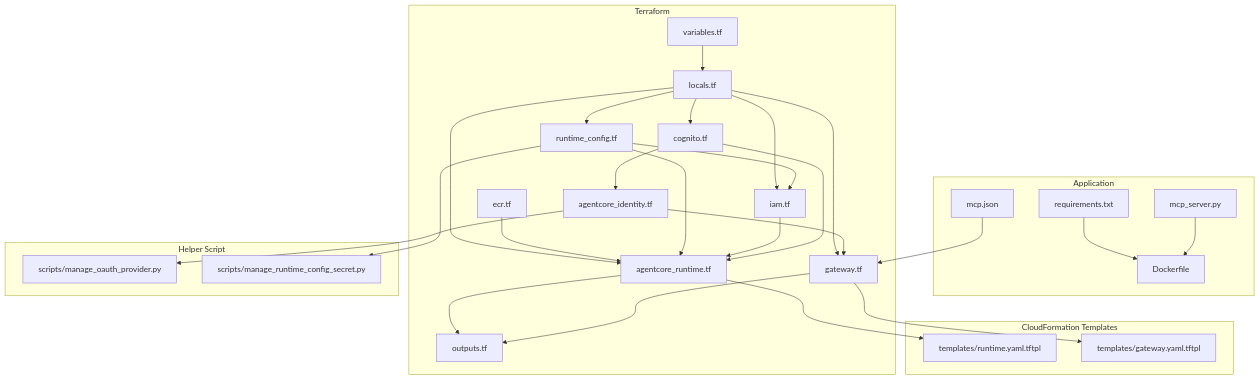
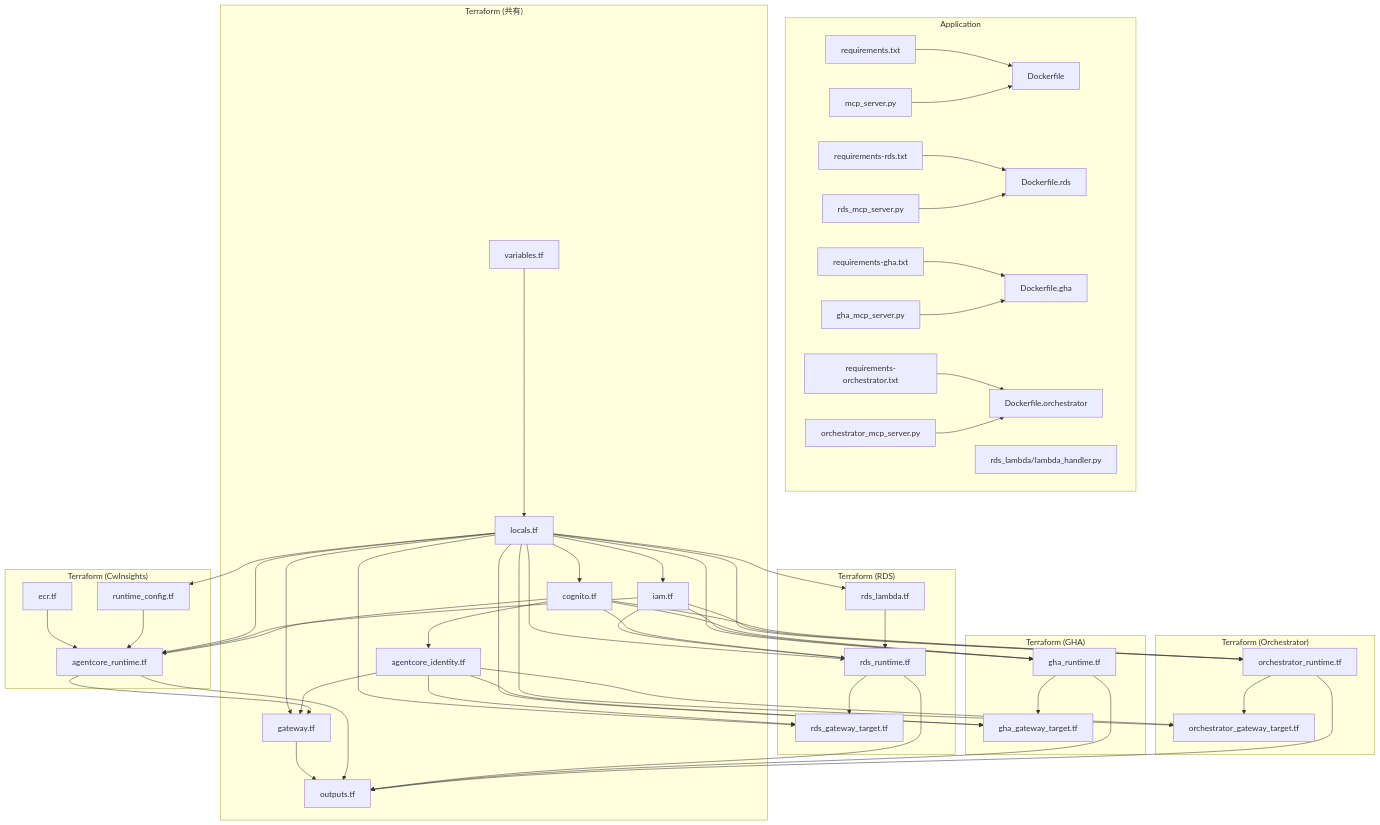
One commit to matthewTechCom/devops_agent changed the second of 2 diagrams in docs/project-structure.md. Above: the diagram before and after it, drawn with Mermaid. The commit also changed other lines of this file, not shown here.

````diff
--- a/docs/project-structure.md
+++ b/docs/project-structure.md
@@ -123,55 +218,80 @@
 ```mermaid
 flowchart TB
   subgraph App["Application"]
-    MCP["mcp_server.py"]
-    REQ["requirements.txt"]
-    DOC["mcp.json"]
-    DOCKER["Dockerfile"]
+    MCP1["mcp_server.py"]
+    MCP2["rds_mcp_server.py"]
+    MCP3["gha_mcp_server.py"]
+    MCP4["orchestrator_mcp_server.py"]
+    LAMBDA["rds_lambda/lambda_handler.py"]
+    REQ1["requirements.txt"]
+    REQ2["requirements-rds.txt"]
+    REQ3["requirements-gha.txt"]
+    REQ4["requirements-orchestrator.txt"]
+    DOCKER1["Dockerfile"]
+    DOCKER2["Dockerfile.rds"]
+    DOCKER3["Dockerfile.gha"]
+    DOCKER4["Dockerfile.orchestrator"]
   end
 
-  subgraph TF["Terraform"]
+  subgraph TF["Terraform (共有)"]
     VAR["variables.tf"]
     LOCALS["locals.tf"]
     IAM["iam.tf"]
-    ECRTF["ecr.tf"]
     COG["cognito.tf"]
     IDTF["agentcore_identity.tf"]
-    RCONF["runtime_config.tf"]
-    RUNTIME["agentcore_runtime.tf"]
     GATEWAY["gateway.tf"]
     OUT["outputs.tf"]
   end
 
-  subgraph Templates["CloudFormation Templates"]
-    RTPL["templates/runtime.yaml.tftpl"]
-    GTPL["templates/gateway.yaml.tftpl"]
+  subgraph TF_CW["Terraform (CwInsights)"]
+    ECR1["ecr.tf"]
+    RCONF1["runtime_config.tf"]
+    RT1["agentcore_runtime.tf"]
   end
 
-  subgraph Scripts["Helper Script"]
-    OAUTHSCRIPT["scripts/manage_oauth_provider.py"]
-    SECRETSCRIPT["scripts/manage_runtime_config_secret.py"]
+  subgraph TF_RDS["Terraform (RDS)"]
+    RDSLAMBDA["rds_lambda.tf"]
+    RDSRT["rds_runtime.tf"]
+    RDSGW["rds_gateway_target.tf"]
   end
 
-  REQ --> DOCKER
-  MCP --> DOCKER
+  subgraph TF_GHA["Terraform (GHA)"]
+    GHRT["gha_runtime.tf"]
+    GHGW["gha_gateway_target.tf"]
+  end
+
+  subgraph TF_ORCH["Terraform (Orchestrator)"]
+    ORCHRT["orchestrator_runtime.tf"]
+    ORCHGW["orchestrator_gateway_target.tf"]
+  end
+
+  REQ1 --> DOCKER1
+  REQ2 --> DOCKER2
+  REQ3 --> DOCKER3
+  REQ4 --> DOCKER4
+  MCP1 --> DOCKER1
+  MCP2 --> DOCKER2
+  MCP3 --> DOCKER3
+  MCP4 --> DOCKER4
+
   VAR --> LOCALS
-  LOCALS --> IAM
-  LOCALS --> COG
-  LOCALS --> RCONF
-  LOCALS --> RUNTIME
-  LOCALS --> GATEWAY
-  ECRTF --> RUNTIME
-  RCONF --> IAM
-  RCONF --> RUNTIME
-  RCONF --> SECRETSCRIPT
-  IAM --> RUNTIME
-  COG --> RUNTIME
-  COG --> IDTF
-  IDTF --> OAUTHSCRIPT
-  RUNTIME --> RTPL
-  GATEWAY --> GTPL
-  IDTF --> GATEWAY
-  RUNTIME --> OUT
+  LOCALS --> IAM & COG & RCONF1 & RT1 & GATEWAY
+  LOCALS --> RDSRT & RDSLAMBDA & RDSGW
+  LOCALS --> GHRT & GHGW
+  LOCALS --> ORCHRT & ORCHGW
+
+  ECR1 --> RT1
+  IAM --> RT1 & RDSRT & GHRT & ORCHRT
+  COG --> RT1 & RDSRT & GHRT & ORCHRT & IDTF
+  IDTF --> GATEWAY & RDSGW & GHGW & ORCHGW
+  RCONF1 --> RT1
+  RT1 --> GATEWAY
+
+  RDSLAMBDA --> RDSRT
+  RDSRT --> RDSGW
+  GHRT --> GHGW
+  ORCHRT --> ORCHGW
+
   GATEWAY --> OUT
-  DOC --> GATEWAY
+  RT1 & RDSRT & GHRT & ORCHRT --> OUT
 ```
````
